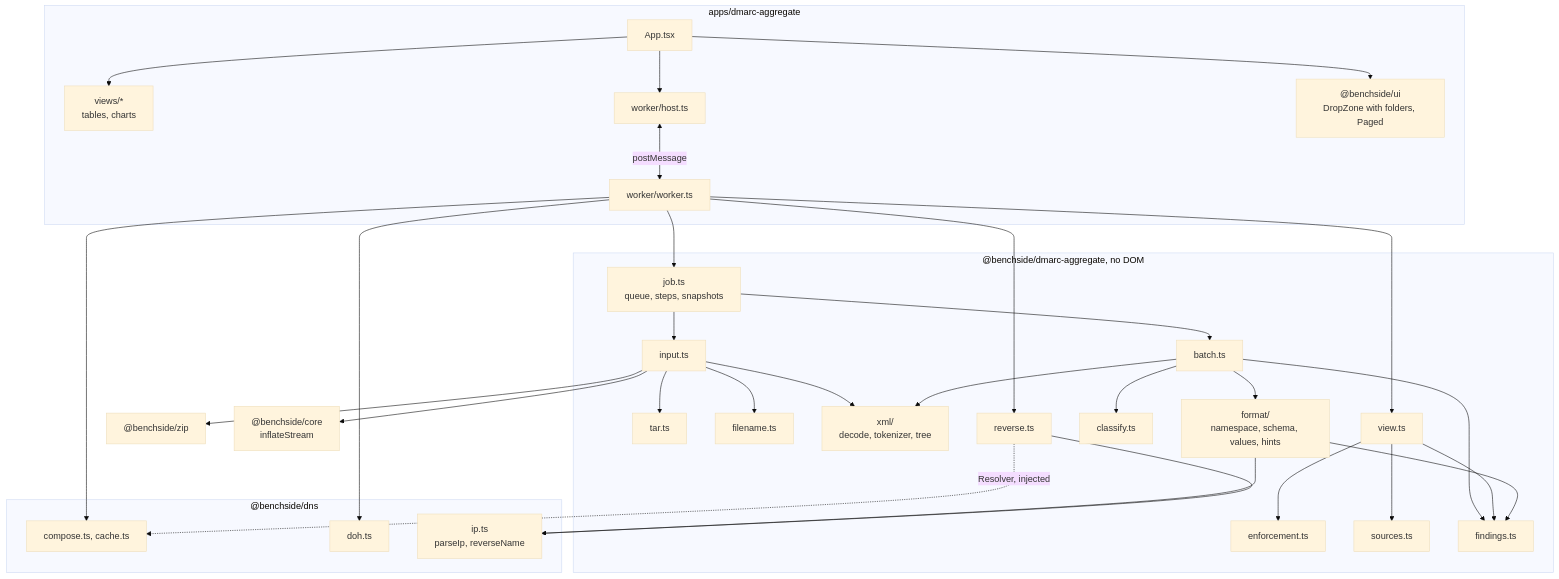
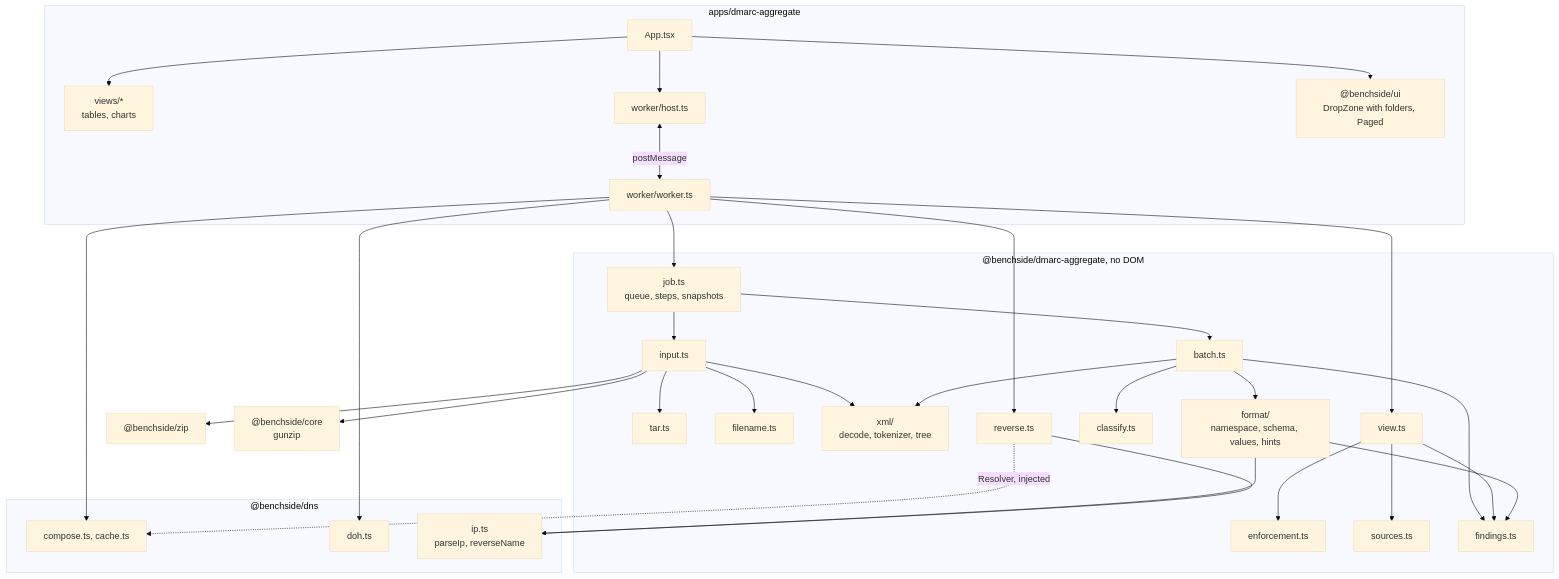
The first of 4 diagrams in docs/explanation/dmarc-aggregate-architecture.md (photom/benchside), drawn with Mermaid (base theme) before and after one commit. The commit also changed other lines of this file and 10 other files, not shown here.

First line of the commit message:
Add gunzip to @benchside/core (step 2, ADR 0017) (#24)

````diff
--- a/docs/explanation/dmarc-aggregate-architecture.md
+++ b/docs/explanation/dmarc-aggregate-architecture.md
@@ -7,34 +7,34 @@
 ```mermaid
 flowchart TD
   subgraph app ["apps/dmarc-aggregate"]
     App[App.tsx] --> views["views/*<br/>tables, charts"]
     App --> host[worker/host.ts]
     host <-- postMessage --> worker[worker/worker.ts]
     App --> ui["@benchside/ui<br/>DropZone with folders, Paged"]
   end
   subgraph pkg ["@benchside/dmarc-aggregate, no DOM"]
     job["job.ts<br/>queue, steps, snapshots"] --> batch[batch.ts]
     job --> input[input.ts]
     input --> tar[tar.ts]
     input --> filename[filename.ts]
     input --> xml
     batch --> xml["xml/<br/>decode, tokenizer, tree"]
     batch --> format["format/<br/>namespace, schema, values, hints"]
     batch --> classify[classify.ts]
     view[view.ts] --> enforce[enforcement.ts]
     view --> sources[sources.ts]
     reverse[reverse.ts]
     batch & view & format --> findings[findings.ts]
   end
   subgraph dns ["@benchside/dns"]
     compose[compose.ts, cache.ts]
     doh[doh.ts]
     ip["ip.ts<br/>parseIp, reverseName"]
   end
   input --> zip["@benchside/zip"]
-  input --> core["@benchside/core<br/>inflateStream"]
+  input --> core["@benchside/core<br/>gunzip"]
   format & reverse --> ip
   reverse -. "Resolver, injected" .-> compose
   worker --> job & view & reverse
   worker --> compose & doh
 ```
````
